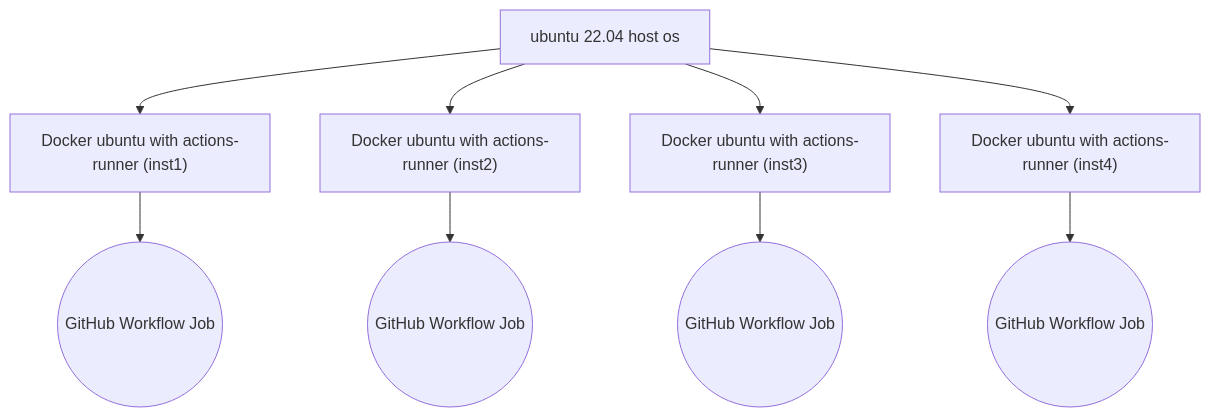
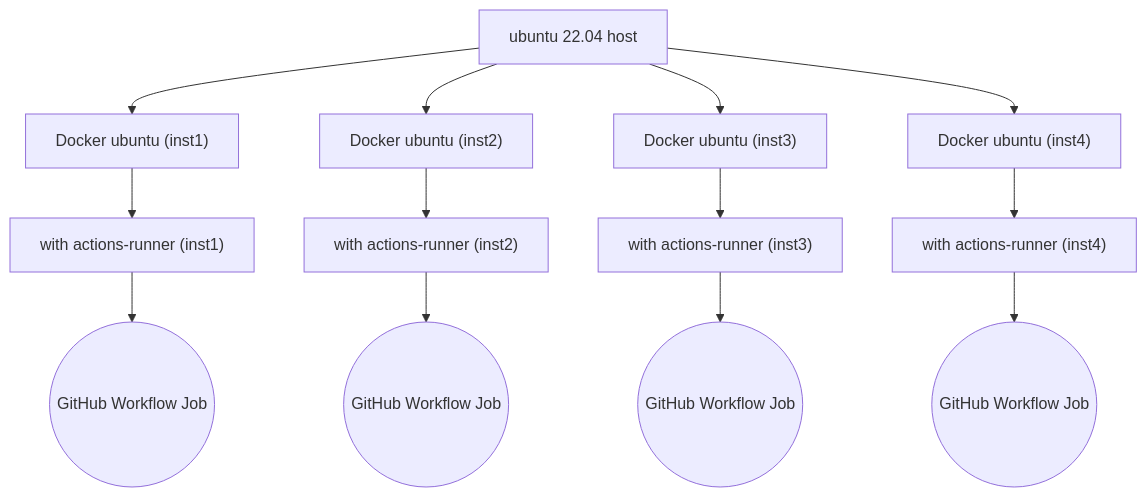
The diagram in docs/using-libreelec-gha.md (LibreELEC/actions), drawn with Mermaid before and after one commit. The commit also changed other lines of this file, not shown here.

````diff
--- a/docs/using-libreelec-gha.md
+++ b/docs/using-libreelec-gha.md
@@ -4,11 +4,15 @@
 ```mermaid
 graph TD;
-    ubuntu[ubuntu 22.04 host os]-->docker-ubuntu-runner11["Docker ubuntu with actions-runner (inst1)"];
-    ubuntu[ubuntu 22.04 host os]-->docker-ubuntu-runner12["Docker ubuntu with actions-runner (inst2)"];
-    ubuntu[ubuntu 22.04 host os]-->docker-ubuntu-runner13["Docker ubuntu with actions-runner (inst3)"];
-    ubuntu[ubuntu 22.04 host os]-->docker-ubuntu-runner14["Docker ubuntu with actions-runner (inst4)"];
-    docker-ubuntu-runner11-->ghaj1((GitHub Workflow Job));
-    docker-ubuntu-runner12-->ghaj2((GitHub Workflow Job));
-    docker-ubuntu-runner13-->ghaj3((GitHub Workflow Job));
-    docker-ubuntu-runner14-->ghaj4((GitHub Workflow Job));
+    ubuntu[ubuntu 22.04 host]-->docker-ubuntu-runner11["Docker ubuntu (inst1)"]
+    ubuntu[ubuntu 22.04 host]-->docker-ubuntu-runner12["Docker ubuntu (inst2)"];
+    ubuntu[ubuntu 22.04 host]-->docker-ubuntu-runner13["Docker ubuntu (inst3)"];
+    ubuntu[ubuntu 22.04 host]-->docker-ubuntu-runner14["Docker ubuntu (inst4)"];
+    docker-ubuntu-runner11-->ar11["with actions-runner (inst1)"];
+    docker-ubuntu-runner12-->ar12["with actions-runner (inst2)"];
+    docker-ubuntu-runner13-->ar13["with actions-runner (inst3)"];
+    docker-ubuntu-runner14-->ar14["with actions-runner (inst4)"];
+    ar11-->ghaj1((GitHub Workflow Job));
+    ar12-->ghaj2((GitHub Workflow Job));
+    ar13-->ghaj3((GitHub Workflow Job));
+    ar14-->ghaj4((GitHub Workflow Job));
 ```
````
